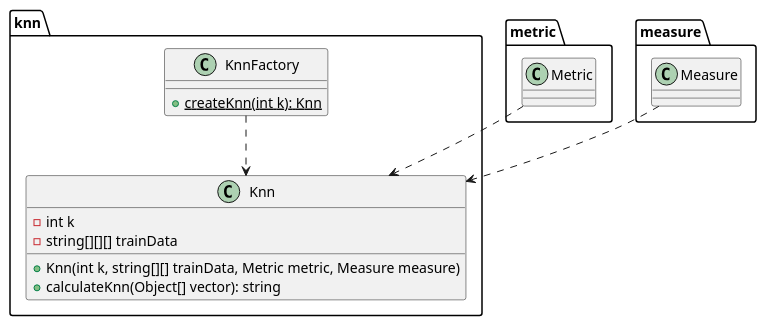
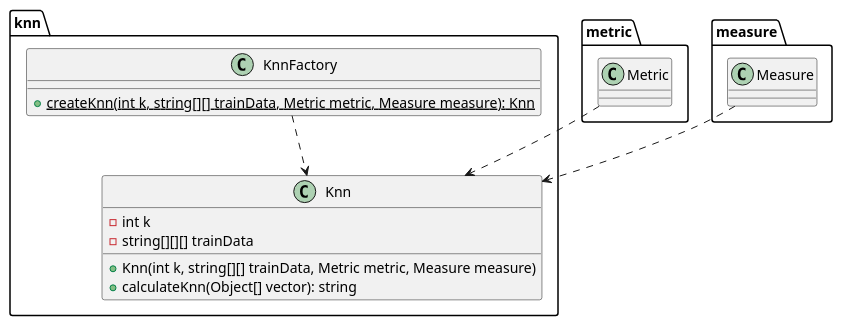
Before and after one commit to kambed/Computer-Recognition-Systems: the seventh of 10 diagrams in README.md, drawn with PlantUML.

Commit message:
Update KnnFactory

````diff
--- a/README.md
+++ b/README.md
@@ -308,20 +308,20 @@
 ```plantuml
 package knn {
     class Knn {
         - int k
         - string[][][] trainData
         + Knn(int k, string[][] trainData, Metric metric, Measure measure)
         + calculateKnn(Object[] vector): string
     }
     class KnnFactory {
-        + {static} createKnn(int k): Knn
+        + {static} createKnn(int k, string[][] trainData, Metric metric, Measure measure): Knn
     }
    KnnFactory ..> Knn
 }
 package metric {
     Metric ..> Knn
 }
 package measure {
     Measure ..> Knn
 }
 ```
````
